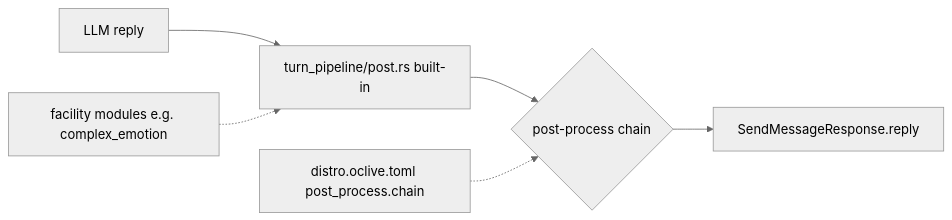
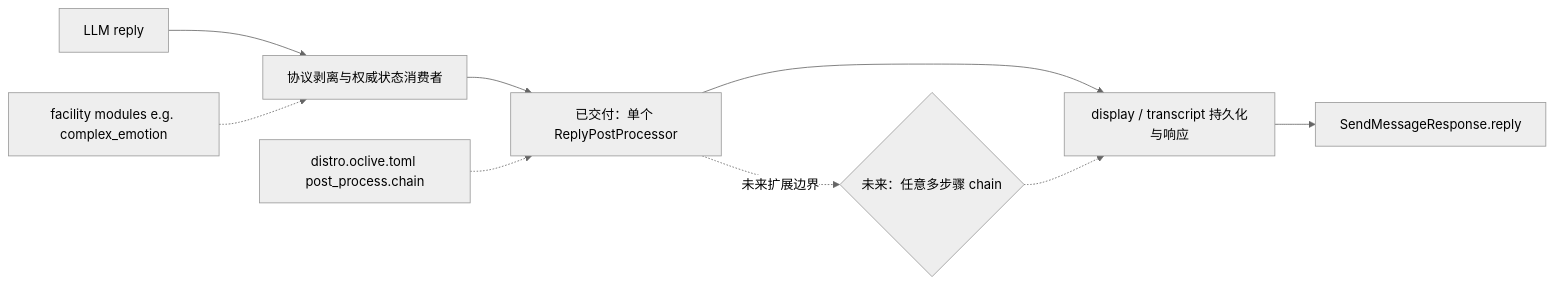
One commit to linkaiheng2233-cyber/oclivenewnew changed the diagram in creator-docs/rfc/RFC_OCLIVE_POST_PROCESS_CHAIN.md. Above: the diagram before and after it, drawn with Mermaid (neutral theme). The commit also changed other lines of this file and 231 other files, not shown here.

Commit message:
docs(architecture): align project around tool kernel

````diff
--- a/creator-docs/rfc/RFC_OCLIVE_POST_PROCESS_CHAIN.md
+++ b/creator-docs/rfc/RFC_OCLIVE_POST_PROCESS_CHAIN.md
@@ -37,8 +37,12 @@
 ```mermaid
 flowchart LR
-  LLM[LLM reply] --> BuiltIn[turn_pipeline/post.rs built-in]
-  BuiltIn --> Chain{post-process chain}
-  Chain --> User[SendMessageResponse.reply]
-  Facilities[facility modules e.g. complex_emotion] -.-> BuiltIn
-  Distro[distro.oclive.toml post_process.chain] -.-> Chain
+  LLM[LLM reply] --> Semantic[协议剥离与权威状态消费者]
+  Semantic --> RPP[已交付：单个 ReplyPostProcessor]
+  RPP --> Persist[display / transcript 持久化与响应]
+  RPP -.未来扩展边界.-> Future{未来：任意多步骤 chain}
+  Future -.-> Persist
+  Persist --> User[SendMessageResponse.reply]
+  Facilities[facility modules e.g. complex_emotion]
+  Facilities -.-> Semantic
+  Distro[distro.oclive.toml post_process.chain] -.-> RPP
 ```
````
